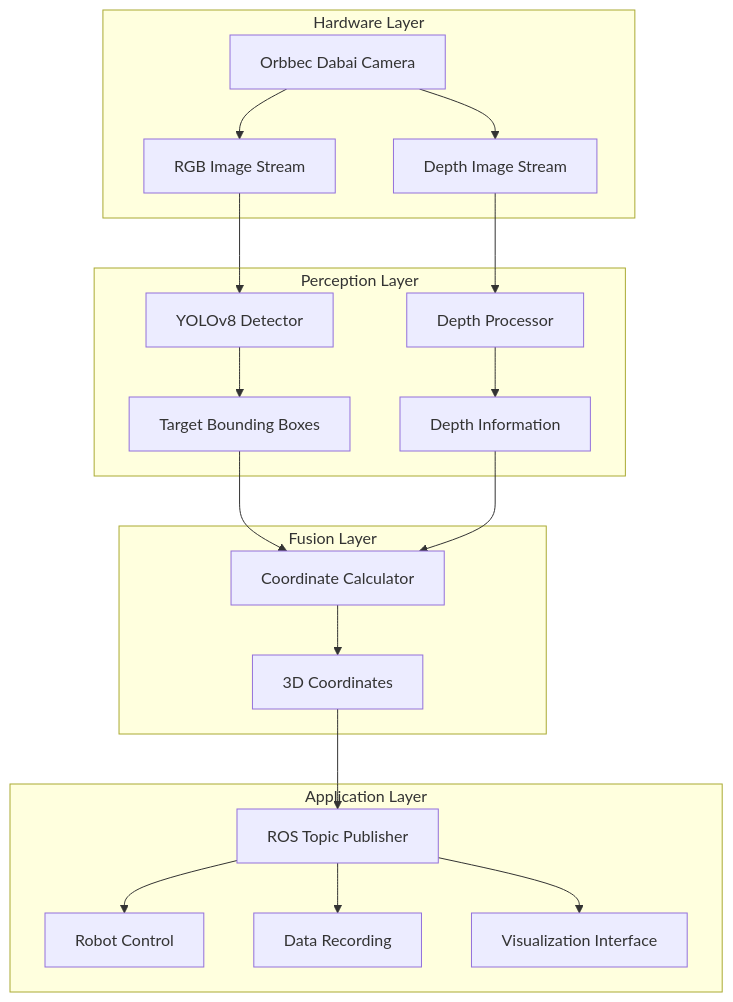
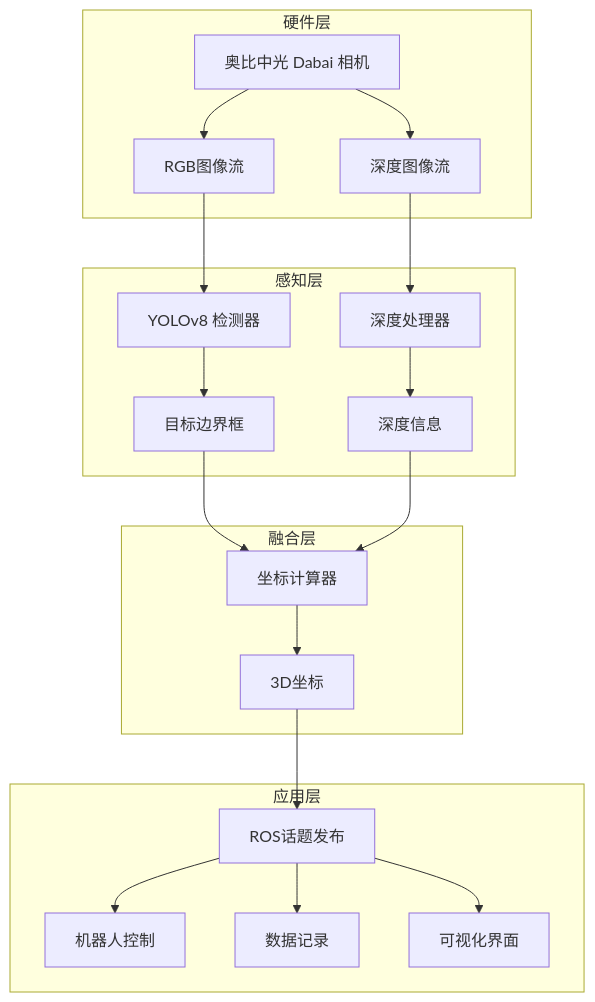
Before and after one commit to Guo1ZY/Fruit-Picking-Robot-Vision-System: the diagram in README.md, drawn with Mermaid. The commit also changed other lines of this file, not shown here.

````diff
--- a/README.md
+++ b/README.md
@@ -85,27 +83,27 @@
 ```mermaid
 graph TB
-    subgraph "Hardware Layer"
-        A[Orbbec Dabai Camera] --> B[RGB Image Stream]
-        A --> C[Depth Image Stream]
+    subgraph "硬件层"
+        A[奥比中光 Dabai 相机] --> B[RGB图像流]
+        A --> C[深度图像流]
     end
     
-    subgraph "Perception Layer"
-        B --> D[YOLOv8 Detector]
-        C --> E[Depth Processor]
-        D --> F[Target Bounding Boxes]
-        E --> G[Depth Information]
+    subgraph "感知层"
+        B --> D[YOLOv8 检测器]
+        C --> E[深度处理器]
+        D --> F[目标边界框]
+        E --> G[深度信息]
     end
     
-    subgraph "Fusion Layer"
-        F --> H[Coordinate Calculator]
+    subgraph "融合层"
+        F --> H[坐标计算器]
         G --> H
-        H --> I[3D Coordinates]
+        H --> I[3D坐标]
     end
     
-    subgraph "Application Layer"
-        I --> J[ROS Topic Publisher]
-        J --> K[Robot Control]
-        J --> L[Data Recording]
-        J --> M[Visualization Interface]
+    subgraph "应用层"
+        I --> J[ROS话题发布]
+        J --> K[机器人控制]
+        J --> L[数据记录]
+        J --> M[可视化界面]
     end
 ```
````
